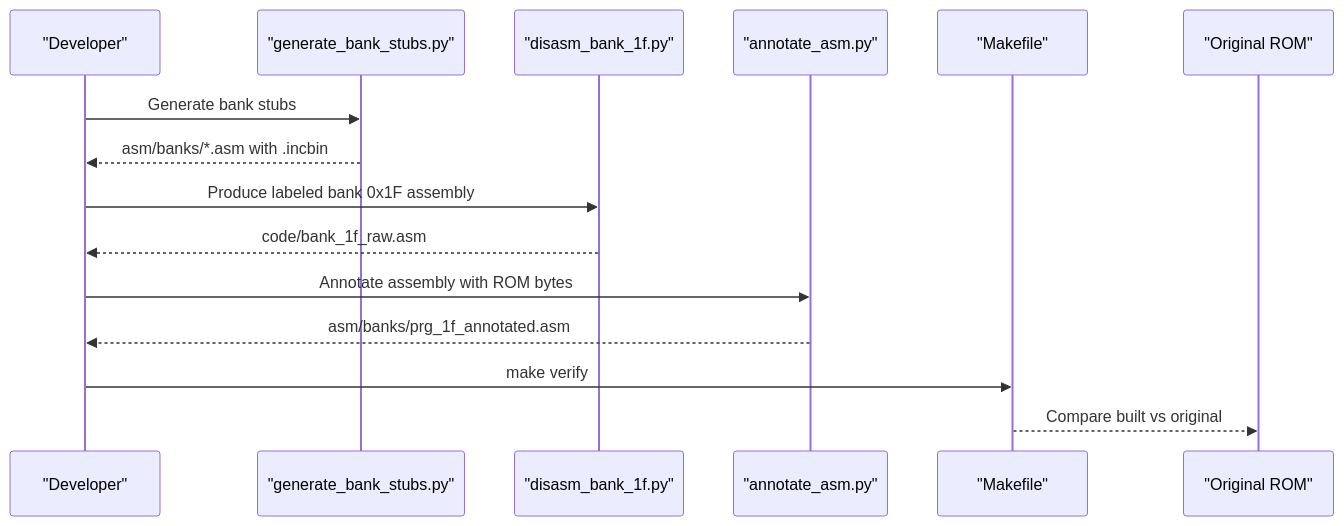
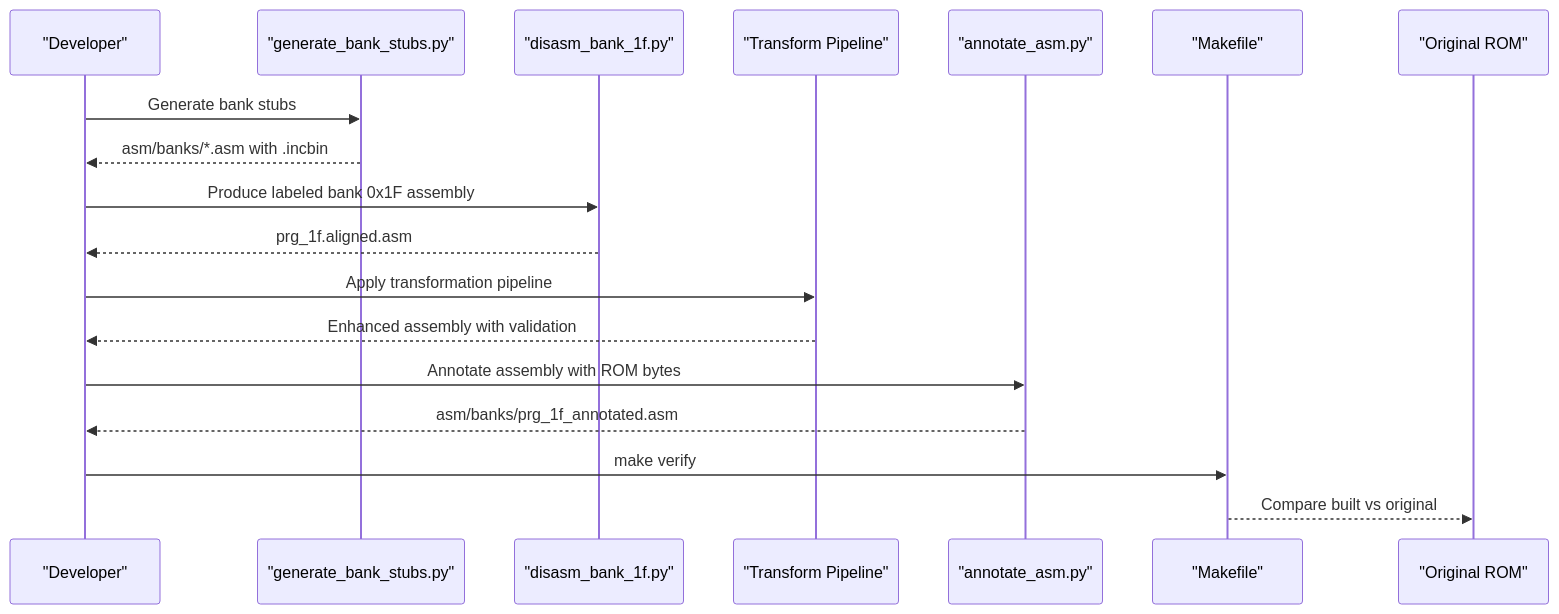
The seventh of 9 diagrams in .qoder/repowiki/en/content/ROM Analysis and Understanding/ROM Analysis and Understanding.md (rabbyzero/sango2dasm), drawn with Mermaid before and after one commit. The commit also changed other lines of this file and 8 other files, not shown here.

````diff
--- a/.qoder/repowiki/en/content/ROM Analysis and Understanding/ROM Analysis and Understanding.md
+++ b/.qoder/repowiki/en/content/ROM Analysis and Understanding/ROM Analysis and Understanding.md
@@ -262,17 +314,20 @@
 ```mermaid
 sequenceDiagram
 participant Dev as "Developer"
 participant Stubs as "generate_bank_stubs.py"
 participant Disasm as "disasm_bank_1f.py"
+participant Transform as "Transform Pipeline"
 participant Annot as "annotate_asm.py"
 participant Build as "Makefile"
 participant ROM as "Original ROM"
 Dev->>Stubs : Generate bank stubs
 Stubs-->>Dev : asm/banks/*.asm with .incbin
 Dev->>Disasm : Produce labeled bank 0x1F assembly
-Disasm-->>Dev : code/bank_1f_raw.asm
+Disasm-->>Dev : prg_1f.aligned.asm
+Dev->>Transform : Apply transformation pipeline
+Transform-->>Dev : Enhanced assembly with validation
 Dev->>Annot : Annotate assembly with ROM bytes
 Annot-->>Dev : asm/banks/prg_1f_annotated.asm
 Dev->>Build : make verify
 Build-->>ROM : Compare built vs original
 ```
````
